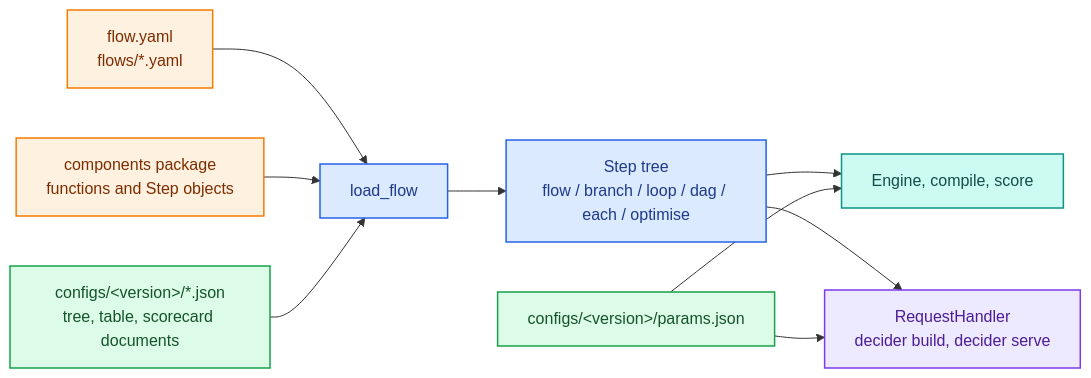
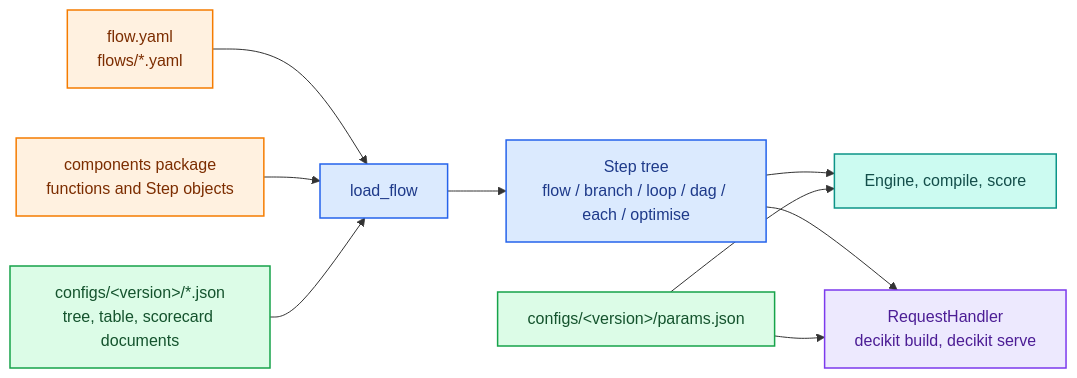
One commit to capitec/dsp-decision-engine changed the diagram in docs/guides/flow-files.md. Above: the diagram before and after it, drawn with Mermaid. The commit also changed other lines of this file and 1292 other files, not shown here.

Commit message:
rename decider to decikit: package, CLI, DECIKIT_* settings, plugin, extension, docs prose says decider toolkit

````diff
--- a/docs/guides/flow-files.md
+++ b/docs/guides/flow-files.md
@@ -7,21 +7,21 @@
 ```mermaid
 flowchart LR
     F["flow.yaml<br/>flows/*.yaml"] --> L["load_flow"]
     C["components package<br/>functions and Step objects"] --> L
     D["configs/&lt;version&gt;/*.json<br/>tree, table, scorecard documents"] --> L
     L --> S["Step tree<br/>flow / branch / loop / dag / each / optimise"]
     S --> E["Engine, compile, score"]
-    S --> H["RequestHandler<br/>decider build, decider serve"]
+    S --> H["RequestHandler<br/>decikit build, decikit serve"]
     P["configs/&lt;version&gt;/params.json"] --> E
     P --> H
     classDef authoring fill:#fff1e0,stroke:#f57c00,color:#7c2d00,stroke-width:1.5px;
     classDef data fill:#dcfce7,stroke:#16a34a,color:#14532d,stroke-width:1.5px;
     classDef ir fill:#dbeafe,stroke:#2563eb,color:#1e3a8a,stroke-width:1.5px;
     classDef engine fill:#ccfbf1,stroke:#0d9488,color:#134e4a,stroke-width:1.5px;
     classDef tooling fill:#ede9fe,stroke:#7c3aed,color:#4c1d95,stroke-width:1.5px;
     class F,C authoring
     class D,P data
     class L,S ir
     class E engine
     class H tooling
 ```
````
